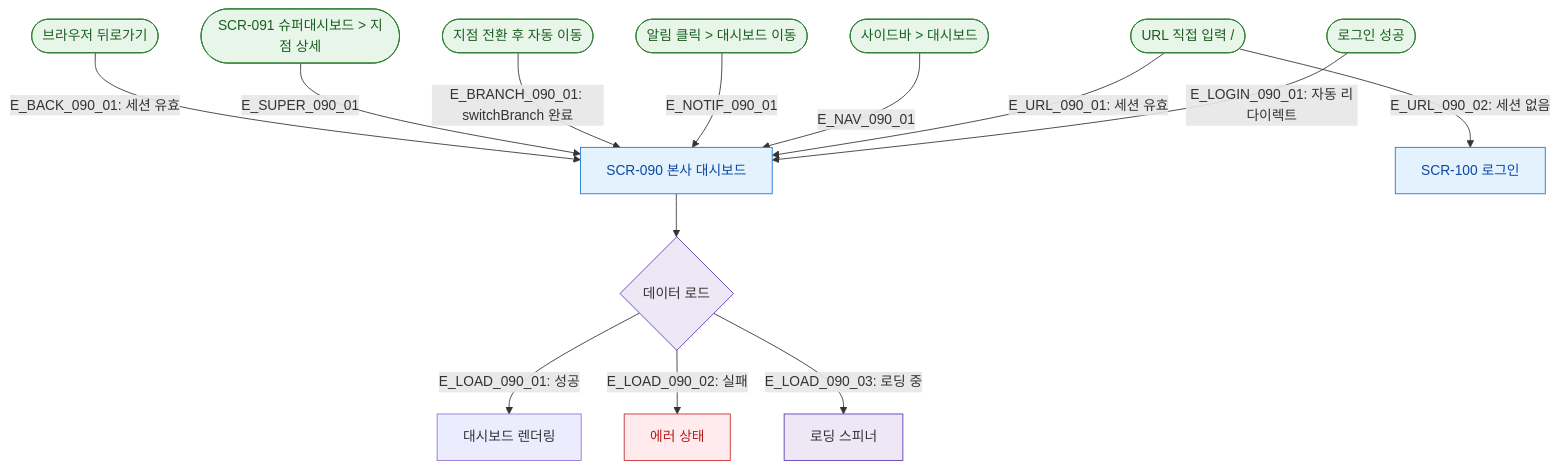
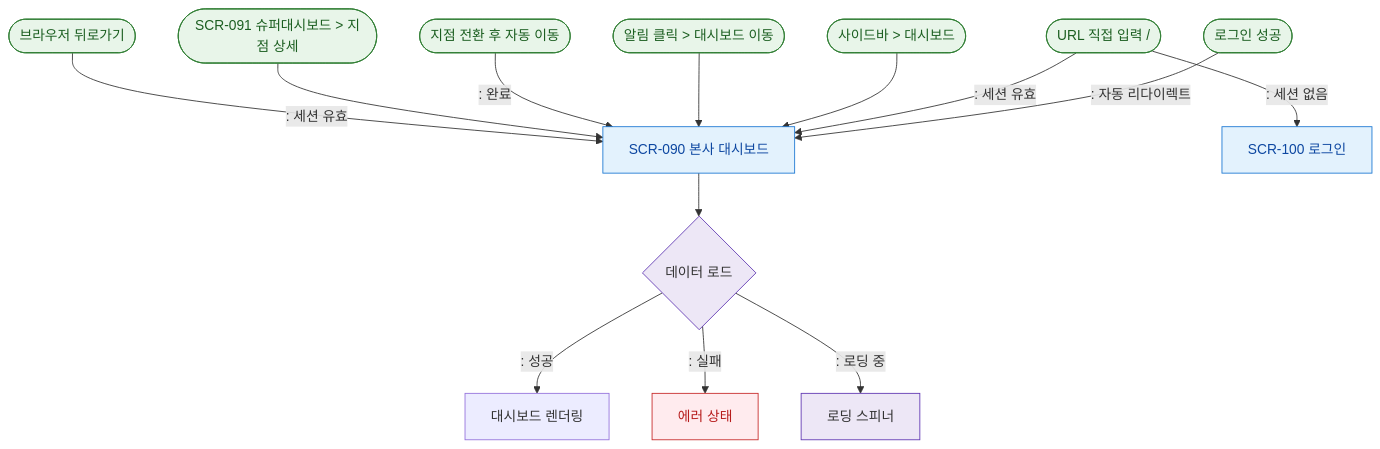
Before and after one commit to dev-spogym/admin-pando: the diagram in docs/다이어그램/D10_본사관리/SCR-090_본사대시보드/F1_진입.md, drawn with Mermaid. The commit also changed other lines of this file and 1660 other files, not shown here.

First line of the commit message:
다이어그램: 기획자/클라이언트 납품본으로 정리

````diff
--- a/docs/다이어그램/D10_본사관리/SCR-090_본사대시보드/F1_진입.md
+++ b/docs/다이어그램/D10_본사관리/SCR-090_본사대시보드/F1_진입.md
@@ -14,26 +12,26 @@
 ```mermaid
 flowchart TD
-  E1([로그인 성공]) -->|"E_LOGIN_090_01: 자동 리다이렉트"| SCR_090[SCR-090 본사 대시보드]
-  E2([URL 직접 입력 /]) -->|"E_URL_090_01: 세션 유효"| SCR_090
-  E2 -->|"E_URL_090_02: 세션 없음"| SCR_100[SCR-100 로그인]
-  E3([사이드바 > 대시보드]) -->|E_NAV_090_01| SCR_090
-  E4([알림 클릭 > 대시보드 이동]) -->|E_NOTIF_090_01| SCR_090
-  E5([지점 전환 후 자동 이동]) -->|"E_BRANCH_090_01: switchBranch 완료"| SCR_090
-  E6([SCR-091 슈퍼대시보드 > 지점 상세]) -->|E_SUPER_090_01| SCR_090
-  E7([브라우저 뒤로가기]) -->|"E_BACK_090_01: 세션 유효"| SCR_090
+  E1([로그인 성공]) -->|": 자동 리다이렉트"|SCR_090[SCR-090 본사 대시보드]
+  E2([URL 직접 입력 /]) -->|": 세션 유효"|SCR_090
+  E2 -->|": 세션 없음"|SCR_100[SCR-100 로그인]
+  E3([사이드바 > 대시보드]) --> SCR_090
+  E4([알림 클릭 > 대시보드 이동]) --> SCR_090
+  E5([지점 전환 후 자동 이동]) -->|": 완료"|SCR_090
+  E6([SCR-091 슈퍼대시보드 > 지점 상세]) --> SCR_090
+  E7([브라우저 뒤로가기]) -->|": 세션 유효"|SCR_090
 
   SCR_090 --> LoadCheck{데이터 로드}
-  LoadCheck -->|"E_LOAD_090_01: 성공"| Dashboard[대시보드 렌더링]
-  LoadCheck -->|"E_LOAD_090_02: 실패"| ErrorState[에러 상태]
-  LoadCheck -->|"E_LOAD_090_03: 로딩 중"| LoadingState[로딩 스피너]
+  LoadCheck -->|": 성공"|Dashboard[대시보드 렌더링]
+  LoadCheck -->|": 실패"|ErrorState[에러 상태]
+  LoadCheck -->|": 로딩 중"|LoadingState[로딩 스피너]
 
   classDef screen fill:#E3F2FD,stroke:#1976D2,color:#0D47A1
   classDef system fill:#EDE7F6,stroke:#5E35B2
   classDef error fill:#FFEBEE,stroke:#C62828,color:#B71C1C
   classDef entry fill:#E8F5E9,stroke:#2E7D32,color:#1B5E20
 
   class SCR_090,SCR_100 screen
   class LoadCheck,LoadingState system
   class ErrorState error
   class E1,E2,E3,E4,E5,E6,E7 entry
 ```
````
